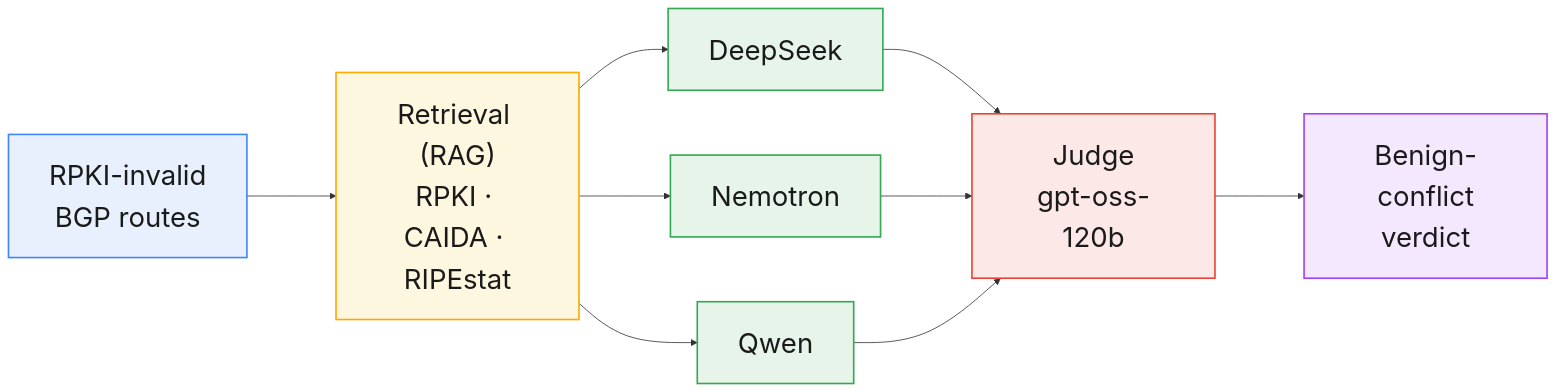
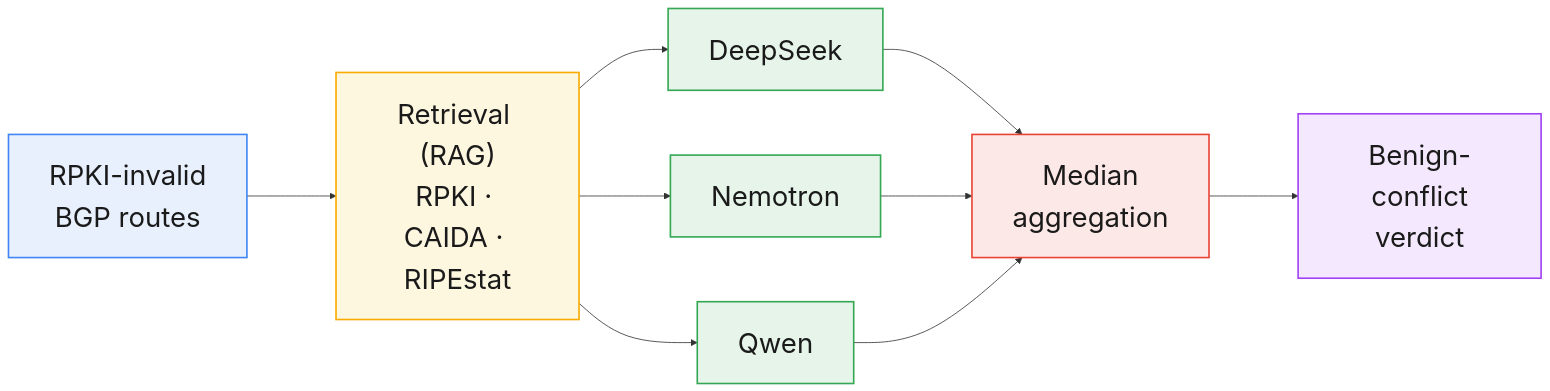
The diagram in README.md (zsjstart/LLMOV), drawn with Mermaid before and after one commit. The commit also changed other lines of this file and 1 other file, not shown here.

First line of the commit message:
Replace LLM judge with ordinal median aggregation

````diff
--- a/README.md
+++ b/README.md
@@ -17,27 +17,27 @@
 ```mermaid
 %%{init: {"flowchart": {"nodeSpacing": 80, "rankSpacing": 110, "padding": 25}, "themeVariables": {"fontSize": "34px"}}}%%
 flowchart LR
     A["RPKI-invalid<br/>BGP routes"] --> B["Retrieval (RAG)<br/>RPKI · CAIDA · RIPEstat"]
 
     B --> C1["DeepSeek"]
     B --> C2["Nemotron"]
     B --> C3["Qwen"]
 
-    C1 --> D["Judge<br/>gpt-oss-120b"]
+    C1 --> D["Median<br/>aggregation"]
     C2 --> D
     C3 --> D
 
     D --> E["Benign-conflict<br/>verdict"]
 
     classDef input fill:#e8f0fe,stroke:#4285f4,stroke-width:2px,color:#1a1a1a;
     classDef context fill:#fef7e0,stroke:#f9ab00,stroke-width:2px,color:#1a1a1a;
     classDef model fill:#e6f4ea,stroke:#34a853,stroke-width:2px,color:#1a1a1a;
     classDef judge fill:#fce8e6,stroke:#ea4335,stroke-width:2px,color:#1a1a1a;
     classDef output fill:#f3e8fd,stroke:#a142f4,stroke-width:2px,color:#1a1a1a;
 
     class A input;
     class B context;
     class C1,C2,C3 model;
     class D judge;
     class E output;
 ```
````
